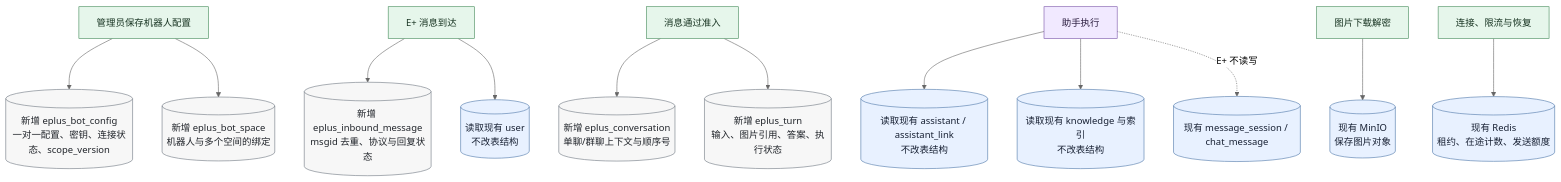
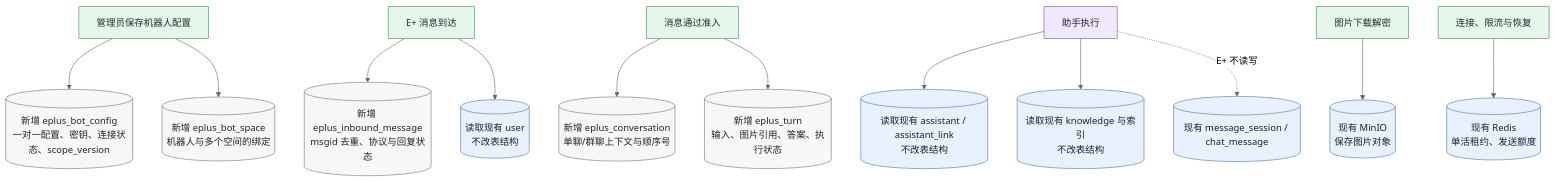
One commit to dataelement/bisheng changed the eighth of 8 diagrams in features/v3.0.0-beta1/073-eplus-robot-assistant/technical-review-flowcharts.md. Above: the diagram before and after it, drawn with Mermaid (neutral theme). The commit also changed other lines of this file and 7 other files, not shown here.

````diff
--- a/features/v3.0.0-beta1/073-eplus-robot-assistant/technical-review-flowcharts.md
+++ b/features/v3.0.0-beta1/073-eplus-robot-assistant/technical-review-flowcharts.md
@@ -300,28 +302,28 @@
 ```mermaid
 flowchart TD
     CFG["管理员保存机器人配置"] --> T1[("新增 eplus_bot_config<br/>一对一配置、密钥、连接状态、scope_version")]
     CFG --> T2[("新增 eplus_bot_space<br/>机器人与多个空间的绑定")]
 
     CALLBACK["E+ 消息到达"] --> T3[("新增 eplus_inbound_message<br/>msgid 去重、协议与回复状态")]
     CALLBACK --> EXISTINGUSER[("读取现有 user<br/>不改表结构")]
 
     ACCEPT["消息通过准入"] --> T4[("新增 eplus_conversation<br/>单聊/群聊上下文与顺序号")]
     ACCEPT --> T5[("新增 eplus_turn<br/>输入、图片引用、答案、执行状态")]
 
     RUN2["助手执行"] --> ASSISTANT[("读取现有 assistant / assistant_link<br/>不改表结构")]
     RUN2 --> KNOWLEDGE[("读取现有 knowledge 与索引<br/>不改表结构")]
     RUN2 -.->|"E+ 不读写"| OLD[("现有 message_session / chat_message")]
 
     IMAGE2["图片下载解密"] --> MINIO[("现有 MinIO<br/>保存图片对象")]
-    CONTROL["连接、限流与恢复"] --> REDIS[("现有 Redis<br/>租约、在途计数、发送额度")]
+    CONTROL["连接、限流与恢复"] --> REDIS[("现有 Redis<br/>单活租约、发送额度")]
 
     classDef added fill:#e6f6eb,stroke:#438a59,color:#173321;
     classDef existing fill:#e8f1ff,stroke:#4f78a8,color:#172033;
     classDef data fill:#f7f7f7,stroke:#6f7782,color:#20242a;
     classDef changed fill:#f1e9ff,stroke:#7954a8,color:#291b3d;
 
     class CFG,CALLBACK,ACCEPT,IMAGE2,CONTROL added;
     class RUN2 changed;
     class EXISTINGUSER,ASSISTANT,KNOWLEDGE,OLD,MINIO,REDIS existing;
     class T1,T2,T3,T4,T5 data;
 ```
````
